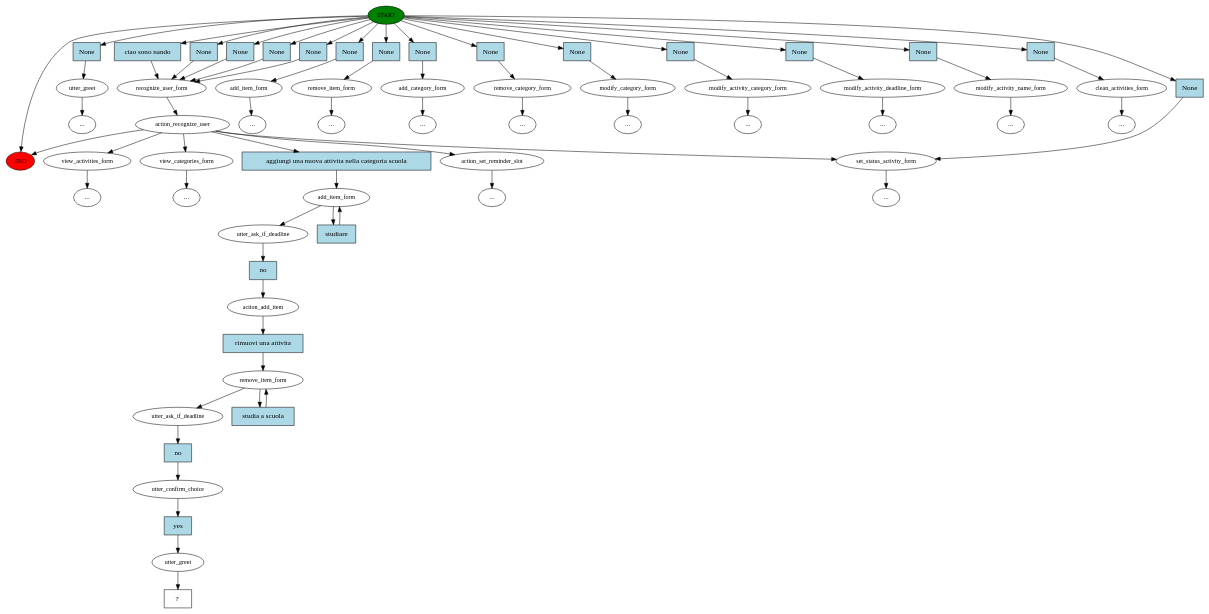
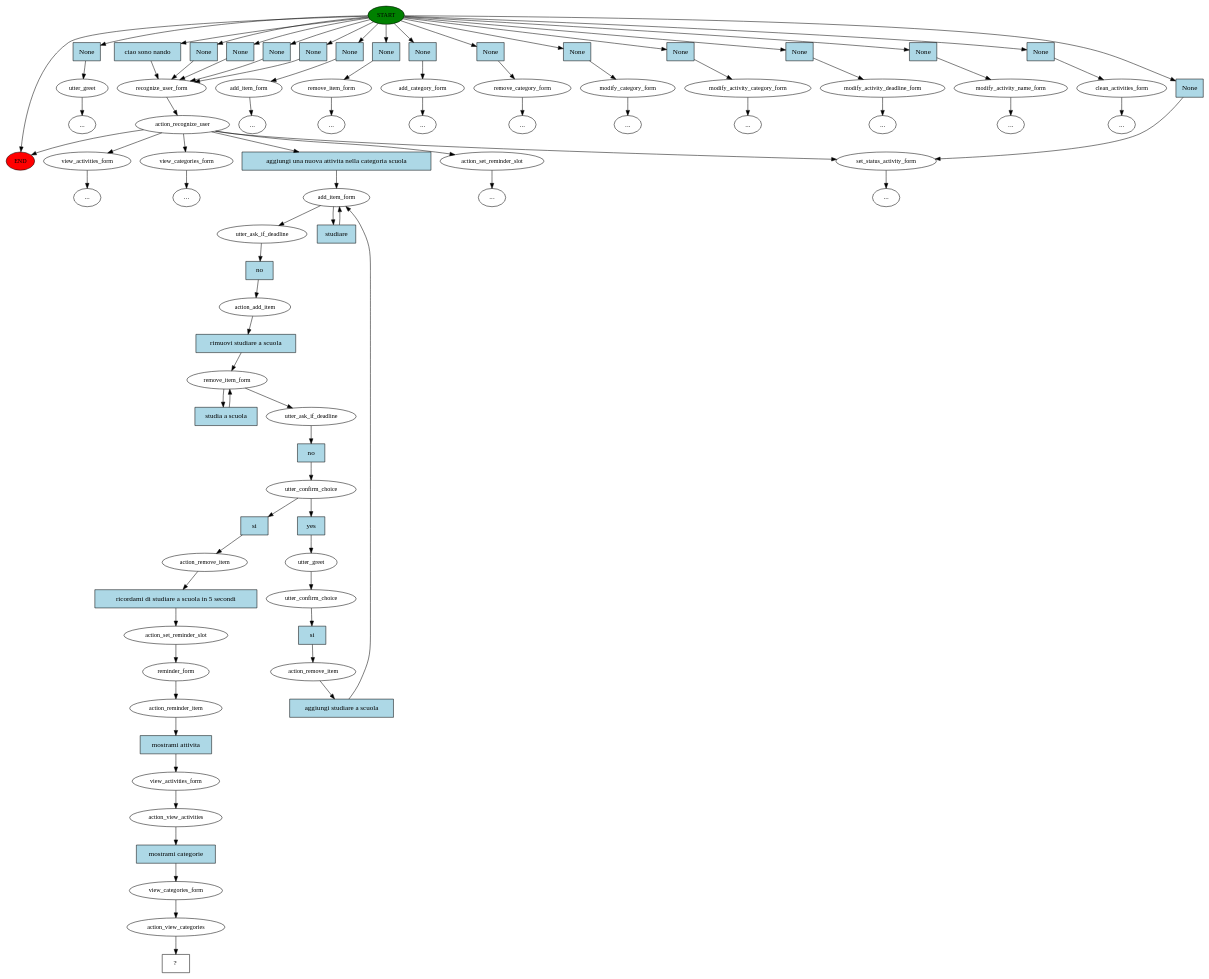
One commit to CamillaSpi/AI-To-Do-Assistant-Robot changed the diagram in src/rasa_ros/Cogrob_rasa_midterm/story_graph.dot. Above: the diagram before and after it, drawn with Graphviz. The commit also changed 2 other files, not shown here.

```diff
--- a/src/rasa_ros/Cogrob_rasa_midterm/story_graph.dot
+++ b/src/rasa_ros/Cogrob_rasa_midterm/story_graph.dot
@@ -1,135 +1,168 @@
 digraph  {
 0 [class="start active", fillcolor=green, fontsize=12, label=START, style=filled];
 "-1" [class=end, fillcolor=red, fontsize=12, label=END, style=filled];
 1 [class="", fontsize=12, label=utter_greet];
 "-6" [class=ellipsis, label="..."];
 5 [class=active, fontsize=12, label=recognize_user_form];
 6 [class=active, fontsize=12, label=action_recognize_user];
 7 [class="", fontsize=12, label=add_item_form];
 "-11" [class=ellipsis, label="..."];
 12 [class="", fontsize=12, label=remove_item_form];
 "-17" [class=ellipsis, label="..."];
 18 [class="", fontsize=12, label=add_category_form];
 "-18" [class=ellipsis, label="..."];
 19 [class="", fontsize=12, label=remove_category_form];
 "-20" [class=ellipsis, label="..."];
 21 [class="", fontsize=12, label=modify_category_form];
 "-22" [class=ellipsis, label="..."];
 23 [class="", fontsize=12, label=modify_activity_category_form];
 "-25" [class=ellipsis, label="..."];
 26 [class="", fontsize=12, label=modify_activity_deadline_form];
 "-26" [class=ellipsis, label="..."];
 27 [class="", fontsize=12, label=modify_activity_name_form];
 "-29" [class=ellipsis, label="..."];
 30 [class="", fontsize=12, label=clean_activities_form];
 "-31" [class=ellipsis, label="..."];
 34 [class="", fontsize=12, label=action_set_reminder_slot];
 "-33" [class=ellipsis, label="..."];
 38 [class="", fontsize=12, label=set_status_activity_form];
 "-39" [class=ellipsis, label="..."];
 52 [class="", fontsize=12, label=view_activities_form];
 "-40" [class=ellipsis, label="..."];
 55 [class="", fontsize=12, label=view_categories_form];
 "-41" [class=ellipsis, label="..."];
 58 [class=active, fontsize=12, label=add_item_form];
 60 [class=active, fontsize=12, label=utter_ask_if_deadline];
 61 [class=active, fontsize=12, label=action_add_item];
 62 [class=active, fontsize=12, label=remove_item_form];
 64 [class=active, fontsize=12, label=utter_ask_if_deadline];
 65 [class=active, fontsize=12, label=utter_confirm_choice];
 66 [class=active, fontsize=12, label=utter_greet];
-67 [class="intent dashed active", label="  ?  ", shape=rect];
-68 [class=intent, fillcolor=lightblue, label=None, shape=rect, style=filled];
-69 [class="intent active", fillcolor=lightblue, label="ciao sono nando", shape=rect, style=filled];
-70 [class=intent, fillcolor=lightblue, label=None, shape=rect, style=filled];
-71 [class=intent, fillcolor=lightblue, label=None, shape=rect, style=filled];
-72 [class=intent, fillcolor=lightblue, label=None, shape=rect, style=filled];
-73 [class=intent, fillcolor=lightblue, label=None, shape=rect, style=filled];
-74 [class=intent, fillcolor=lightblue, label=None, shape=rect, style=filled];
-75 [class=intent, fillcolor=lightblue, label=None, shape=rect, style=filled];
-76 [class=intent, fillcolor=lightblue, label=None, shape=rect, style=filled];
-77 [class=intent, fillcolor=lightblue, label=None, shape=rect, style=filled];
-78 [class=intent, fillcolor=lightblue, label=None, shape=rect, style=filled];
-79 [class=intent, fillcolor=lightblue, label=None, shape=rect, style=filled];
-80 [class=intent, fillcolor=lightblue, label=None, shape=rect, style=filled];
-81 [class=intent, fillcolor=lightblue, label=None, shape=rect, style=filled];
-82 [class=intent, fillcolor=lightblue, label=None, shape=rect, style=filled];
-83 [class=intent, fillcolor=lightblue, label=None, shape=rect, style=filled];
-84 [class="intent active", fillcolor=lightblue, label="aggiungi una nuova attivita nella categoria scuola", shape=rect, style=filled];
-85 [class="intent active", fillcolor=lightblue, label=studiare, shape=rect, style=filled];
-86 [class="intent active", fillcolor=lightblue, label=no, shape=rect, style=filled];
-87 [class="intent active", fillcolor=lightblue, label="rimuovi una attivita", shape=rect, style=filled];
-88 [class="intent active", fillcolor=lightblue, label="studia a scuola", shape=rect, style=filled];
-89 [class="intent active", fillcolor=lightblue, label=no, shape=rect, style=filled];
-90 [class="intent active", fillcolor=lightblue, label=yes, shape=rect, style=filled];
+67 [class=active, fontsize=12, label=utter_confirm_choice];
+68 [class=active, fontsize=12, label=action_remove_item];
+75 [class=active, fontsize=12, label=action_remove_item];
+76 [class=active, fontsize=12, label=action_set_reminder_slot];
+77 [class=active, fontsize=12, label=reminder_form];
+78 [class=active, fontsize=12, label=action_reminder_item];
+79 [class=active, fontsize=12, label=view_activities_form];
+80 [class=active, fontsize=12, label=action_view_activities];
+81 [class=active, fontsize=12, label=view_categories_form];
+82 [class=active, fontsize=12, label=action_view_categories];
+83 [class="intent dashed active", label="  ?  ", shape=rect];
+84 [class=intent, fillcolor=lightblue, label=None, shape=rect, style=filled];
+85 [class="intent active", fillcolor=lightblue, label="ciao sono nando", shape=rect, style=filled];
+86 [class=intent, fillcolor=lightblue, label=None, shape=rect, style=filled];
+87 [class=intent, fillcolor=lightblue, label=None, shape=rect, style=filled];
+88 [class=intent, fillcolor=lightblue, label=None, shape=rect, style=filled];
+89 [class=intent, fillcolor=lightblue, label=None, shape=rect, style=filled];
+90 [class=intent, fillcolor=lightblue, label=None, shape=rect, style=filled];
+91 [class=intent, fillcolor=lightblue, label=None, shape=rect, style=filled];
+92 [class=intent, fillcolor=lightblue, label=None, shape=rect, style=filled];
+93 [class=intent, fillcolor=lightblue, label=None, shape=rect, style=filled];
+94 [class=intent, fillcolor=lightblue, label=None, shape=rect, style=filled];
+95 [class=intent, fillcolor=lightblue, label=None, shape=rect, style=filled];
+96 [class=intent, fillcolor=lightblue, label=None, shape=rect, style=filled];
+97 [class=intent, fillcolor=lightblue, label=None, shape=rect, style=filled];
+98 [class=intent, fillcolor=lightblue, label=None, shape=rect, style=filled];
+99 [class=intent, fillcolor=lightblue, label=None, shape=rect, style=filled];
+100 [class="intent active", fillcolor=lightblue, label="aggiungi una nuova attivita nella categoria scuola", shape=rect, style=filled];
+101 [class="intent active", fillcolor=lightblue, label=studiare, shape=rect, style=filled];
+102 [class="intent active", fillcolor=lightblue, label=no, shape=rect, style=filled];
+103 [class="intent active", fillcolor=lightblue, label="rimuovi studiare a scuola", shape=rect, style=filled];
+104 [class="intent active", fillcolor=lightblue, label="studia a scuola", shape=rect, style=filled];
+105 [class="intent active", fillcolor=lightblue, label=no, shape=rect, style=filled];
+106 [class="intent active", fillcolor=lightblue, label=yes, shape=rect, style=filled];
+107 [class="intent active", fillcolor=lightblue, label=si, shape=rect, style=filled];
+108 [class="intent active", fillcolor=lightblue, label=si, shape=rect, style=filled];
+109 [class="intent active", fillcolor=lightblue, label="aggiungi studiare a scuola", shape=rect, style=filled];
+110 [class="intent active", fillcolor=lightblue, label="ricordami di studiare a scuola in 5 secondi", shape=rect, style=filled];
+111 [class="intent active", fillcolor=lightblue, label="mostrami attivita", shape=rect, style=filled];
+112 [class="intent active", fillcolor=lightblue, label="mostrami categorie", shape=rect, style=filled];
 0 -> "-1"  [class="", key=NONE, label=""];
-0 -> 68  [class="", key=0];
-0 -> 69  [class=active, key=0];
-0 -> 70  [class="", key=0];
-0 -> 71  [class="", key=0];
-0 -> 72  [class="", key=0];
-0 -> 73  [class="", key=0];
-0 -> 74  [class="", key=0];
-0 -> 75  [class="", key=0];
-0 -> 76  [class="", key=0];
-0 -> 77  [class="", key=0];
-0 -> 78  [class="", key=0];
-0 -> 79  [class="", key=0];
-0 -> 80  [class="", key=0];
-0 -> 81  [class="", key=0];
-0 -> 82  [class="", key=0];
-0 -> 83  [class="", key=0];
+0 -> 84  [class="", key=0];
+0 -> 85  [class=active, key=0];
+0 -> 86  [class="", key=0];
+0 -> 87  [class="", key=0];
+0 -> 88  [class="", key=0];
+0 -> 89  [class="", key=0];
+0 -> 90  [class="", key=0];
+0 -> 91  [class="", key=0];
+0 -> 92  [class="", key=0];
+0 -> 93  [class="", key=0];
+0 -> 94  [class="", key=0];
+0 -> 95  [class="", key=0];
+0 -> 96  [class="", key=0];
+0 -> 97  [class="", key=0];
+0 -> 98  [class="", key=0];
+0 -> 99  [class="", key=0];
 1 -> "-6"  [class="", key=NONE, label=""];
 5 -> 6  [class=active, key=NONE, label=""];
 6 -> "-1"  [class="", key=NONE, label=""];
 6 -> 34  [class="", key=NONE, label=""];
 6 -> 52  [class="", key=NONE, label=""];
 6 -> 55  [class="", key=NONE, label=""];
 6 -> 38  [class="", key=NONE, label=""];
-6 -> 84  [class=active, key=0];
+6 -> 100  [class=active, key=0];
 7 -> "-11"  [class="", key=NONE, label=""];
 12 -> "-17"  [class="", key=NONE, label=""];
 18 -> "-18"  [class="", key=NONE, label=""];
 19 -> "-20"  [class="", key=NONE, label=""];
 21 -> "-22"  [class="", key=NONE, label=""];
 23 -> "-25"  [class="", key=NONE, label=""];
 26 -> "-26"  [class="", key=NONE, label=""];
 27 -> "-29"  [class="", key=NONE, label=""];
 30 -> "-31"  [class="", key=NONE, label=""];
 34 -> "-33"  [class="", key=NONE, label=""];
 38 -> "-39"  [class="", key=NONE, label=""];
 52 -> "-40"  [class="", key=NONE, label=""];
 55 -> "-41"  [class="", key=NONE, label=""];
 58 -> 60  [class=active, key=NONE, label=""];
-58 -> 85  [class=active, key=0];
-60 -> 86  [class=active, key=0];
-61 -> 87  [class=active, key=0];
+58 -> 101  [class=active, key=0];
+60 -> 102  [class=active, key=0];
+61 -> 103  [class=active, key=0];
 62 -> 64  [class=active, key=NONE, label=""];
-62 -> 88  [class=active, key=0];
-64 -> 89  [class=active, key=0];
-65 -> 90  [class=active, key=0];
+62 -> 104  [class=active, key=0];
+64 -> 105  [class=active, key=0];
+65 -> 106  [class=active, key=0];
+65 -> 107  [class=active, key=0];
 66 -> 67  [class=active, key=NONE, label=""];
-68 -> 1  [class="", key=0];
-69 -> 5  [class=active, key=0];
-70 -> 5  [class="", key=0];
-71 -> 5  [class="", key=0];
-72 -> 5  [class="", key=0];
-73 -> 5  [class="", key=0];
-74 -> 7  [class="", key=0];
-75 -> 12  [class="", key=0];
-76 -> 18  [class="", key=0];
-77 -> 19  [class="", key=0];
-78 -> 21  [class="", key=0];
-79 -> 23  [class="", key=0];
-80 -> 26  [class="", key=0];
-81 -> 27  [class="", key=0];
-82 -> 30  [class="", key=0];
-83 -> 38  [class="", key=0];
-84 -> 58  [class=active, key=0];
-85 -> 58  [class=active, key=0];
-86 -> 61  [class=active, key=0];
-87 -> 62  [class=active, key=0];
-88 -> 62  [class=active, key=0];
-89 -> 65  [class=active, key=0];
-90 -> 66  [class=active, key=0];
+67 -> 108  [class=active, key=0];
+68 -> 109  [class=active, key=0];
+75 -> 110  [class=active, key=0];
+76 -> 77  [class=active, key=NONE, label=""];
+77 -> 78  [class=active, key=NONE, label=""];
+78 -> 111  [class=active, key=0];
+79 -> 80  [class=active, key=NONE, label=""];
+80 -> 112  [class=active, key=0];
+81 -> 82  [class=active, key=NONE, label=""];
+82 -> 83  [class=active, key=NONE, label=""];
+84 -> 1  [class="", key=0];
+85 -> 5  [class=active, key=0];
+86 -> 5  [class="", key=0];
+87 -> 5  [class="", key=0];
+88 -> 5  [class="", key=0];
+89 -> 5  [class="", key=0];
+90 -> 7  [class="", key=0];
+91 -> 12  [class="", key=0];
+92 -> 18  [class="", key=0];
+93 -> 19  [class="", key=0];
+94 -> 21  [class="", key=0];
+95 -> 23  [class="", key=0];
+96 -> 26  [class="", key=0];
+97 -> 27  [class="", key=0];
+98 -> 30  [class="", key=0];
+99 -> 38  [class="", key=0];
+100 -> 58  [class=active, key=0];
+101 -> 58  [class=active, key=0];
+102 -> 61  [class=active, key=0];
+103 -> 62  [class=active, key=0];
+104 -> 62  [class=active, key=0];
+105 -> 65  [class=active, key=0];
+106 -> 66  [class=active, key=0];
+107 -> 75  [class=active, key=0];
+108 -> 68  [class=active, key=0];
+109 -> 58  [class=active, key=0];
+110 -> 76  [class=active, key=0];
+111 -> 79  [class=active, key=0];
+112 -> 81  [class=active, key=0];
 }
```
